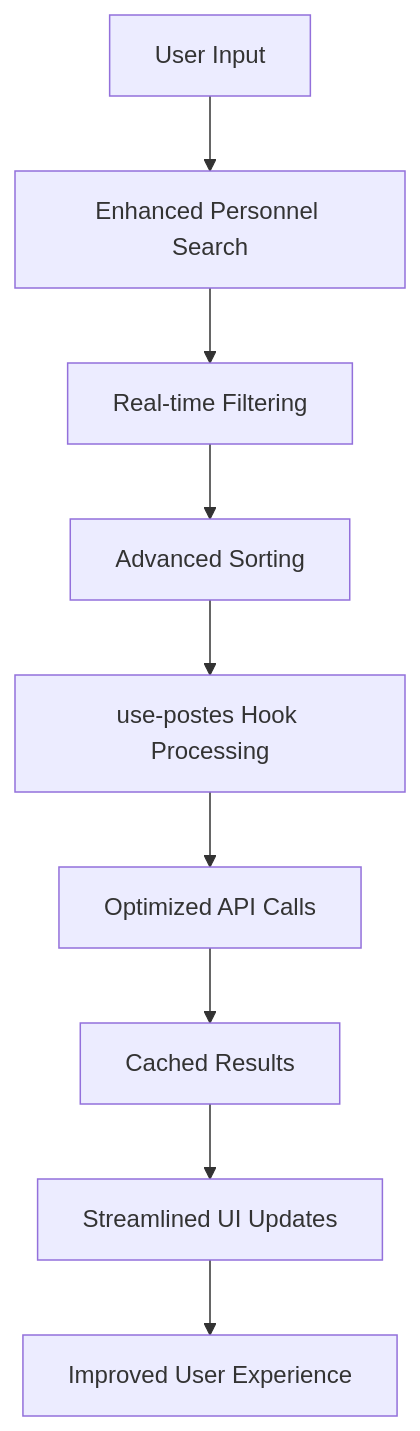
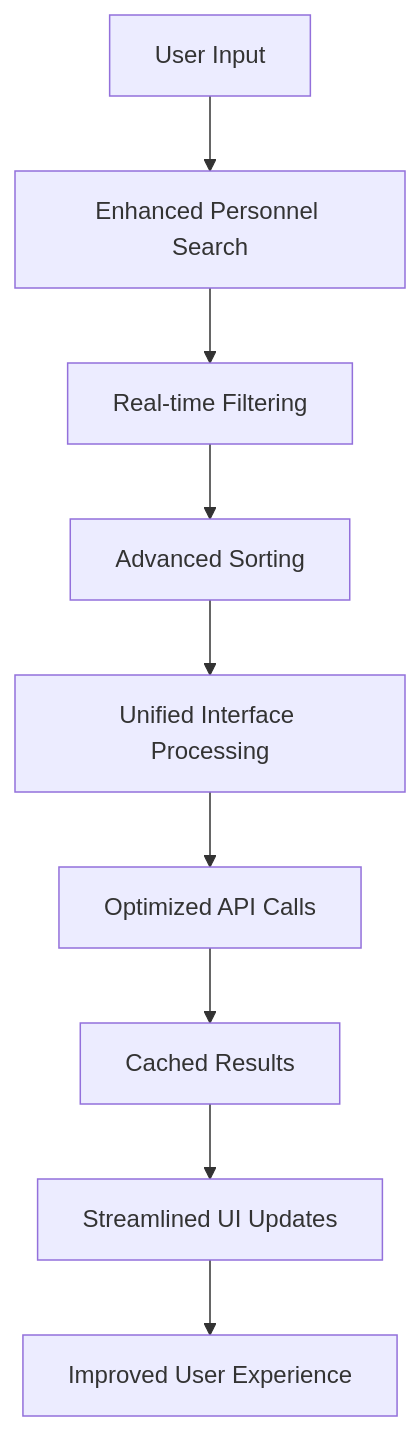
One commit to franckylab/eLISAschool changed the eighth of 9 diagrams in .qoder/repowiki/en/content/Human Resources Management/Personnel Administration/Organizational Structure.md. Above: the diagram before and after it, drawn with Mermaid. The commit also changed other lines of this file and 138 other files, not shown here.

````diff
--- a/.qoder/repowiki/en/content/Human Resources Management/Personnel Administration/Organizational Structure.md
+++ b/.qoder/repowiki/en/content/Human Resources Management/Personnel Administration/Organizational Structure.md
@@ -366,11 +380,11 @@
 ```mermaid
 flowchart TD
 A["User Input"] --> B["Enhanced Personnel Search"]
 B --> C["Real-time Filtering"]
 C --> D["Advanced Sorting"]
-D --> E["use-postes Hook Processing"]
+D --> E["Unified Interface Processing"]
 E --> F["Optimized API Calls"]
 F --> G["Cached Results"]
 G --> H["Streamlined UI Updates"]
 H --> I["Improved User Experience"]
 ```
````
